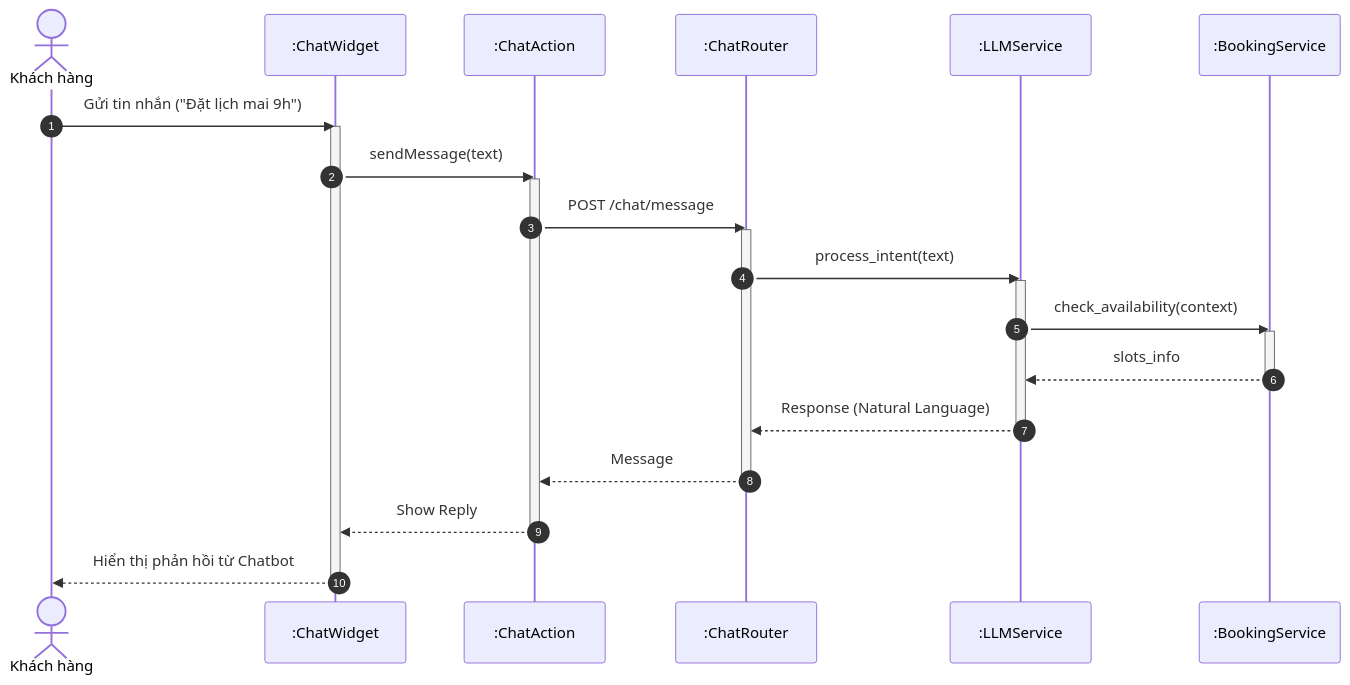
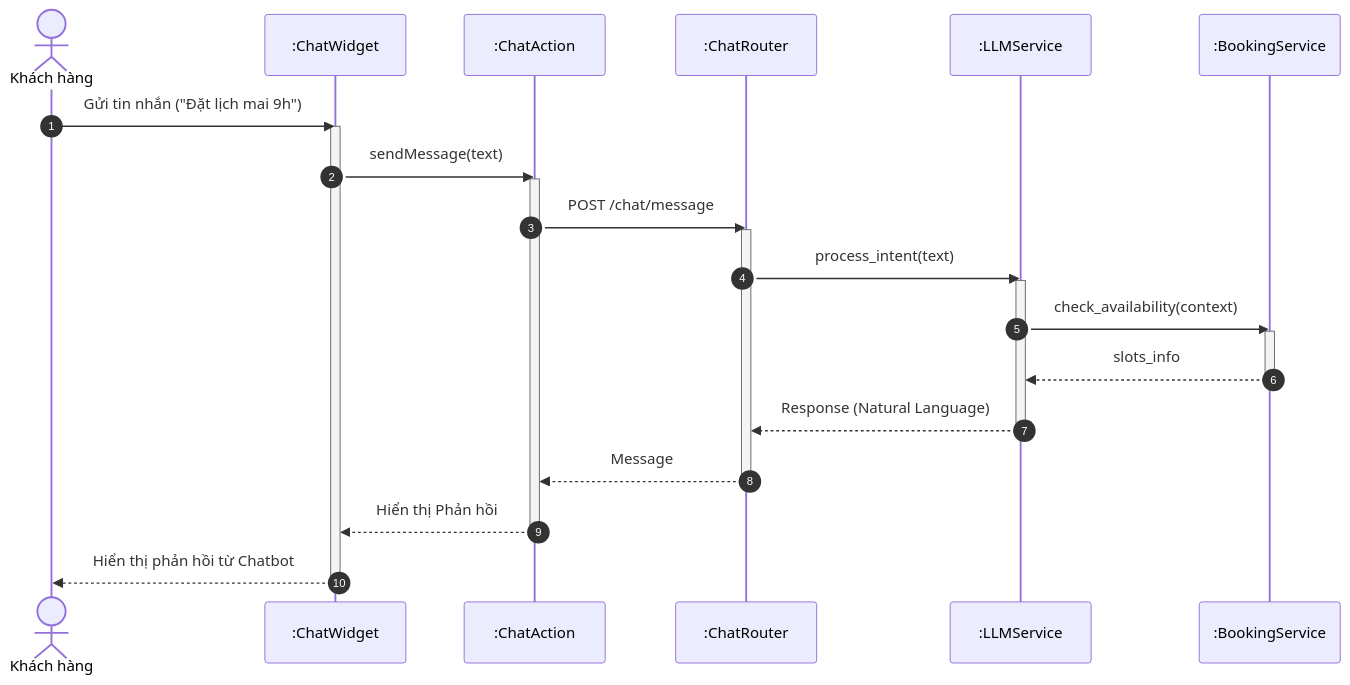
Before and after one commit to ngoctinn/Synapse: the fifth of 8 diagrams in docs/design/sequences/customer_flows.md, drawn with Mermaid. The commit also changed other lines of this file and 4 other files, not shown here.

Commit message:
docs: Add initial sequence diagrams for authentication, customer, technician, receptionist, and admin flows.

````diff
--- a/docs/design/sequences/customer_flows.md
+++ b/docs/design/sequences/customer_flows.md
@@ -218,36 +238,36 @@
 ```mermaid
 sequenceDiagram
     autonumber
     actor KH as Khách hàng
     participant UI as :ChatWidget
     participant BFF as :ChatAction
     participant API as :ChatRouter
     participant AI as :LLMService
     participant S as :BookingService
 
     KH->>UI: Gửi tin nhắn ("Đặt lịch mai 9h")
     activate UI
     UI->>BFF: sendMessage(text)
     activate BFF
 
     BFF->>API: POST /chat/message
     activate API
 
     API->>AI: process_intent(text)
     activate AI
     AI->>S: check_availability(context)
     activate S
     S-->>AI: slots_info
     deactivate S
     AI-->>API: Response (Natural Language)
     deactivate AI
 
     API-->>BFF: Message
     deactivate API
 
-    BFF-->>UI: Show Reply
+    BFF-->>UI: Hiển thị Phản hồi
     deactivate BFF
 
     UI-->>KH: Hiển thị phản hồi từ Chatbot
     deactivate UI
 ```
````
